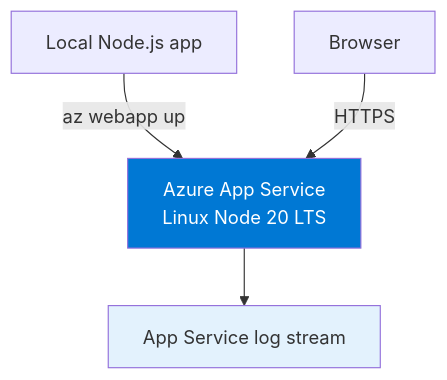
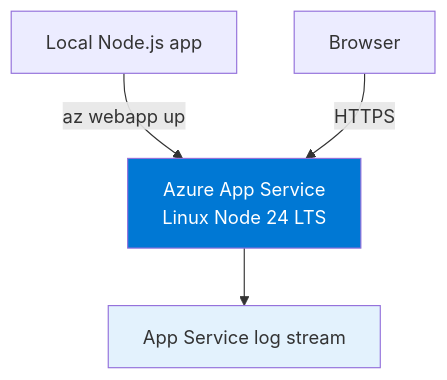
Before and after one commit to yeongseon/azure-app-service-practical-guide: the first of 2 diagrams in docs/language-guides/nodejs/tutorial/02-first-deploy.md, drawn with Mermaid. The commit also changed other lines of this file and 31 other files, not shown here.

First line of the commit message:
fix: migrate the nodejs reference app and guidance to Node 24 (#196)

````diff
--- a/docs/language-guides/nodejs/tutorial/02-first-deploy.md
+++ b/docs/language-guides/nodejs/tutorial/02-first-deploy.md
@@ -23,9 +23,9 @@
 ```mermaid
 flowchart TD
-    DEV[Local Node.js app] -->|az webapp up| APP[Azure App Service\nLinux Node 20 LTS]
+    DEV[Local Node.js app] -->|az webapp up| APP[Azure App Service\nLinux Node 24 LTS]
     USER[Browser] -->|HTTPS| APP
     APP --> LOGS[App Service log stream]
 
     style APP fill:#0078d4,color:#fff
     style LOGS fill:#E3F2FD
 ```
````
